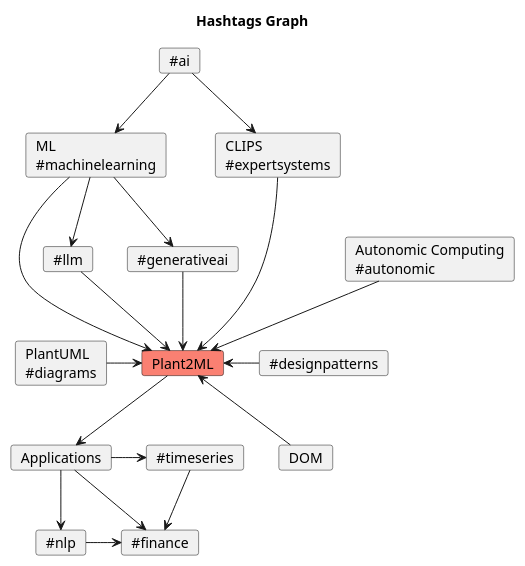
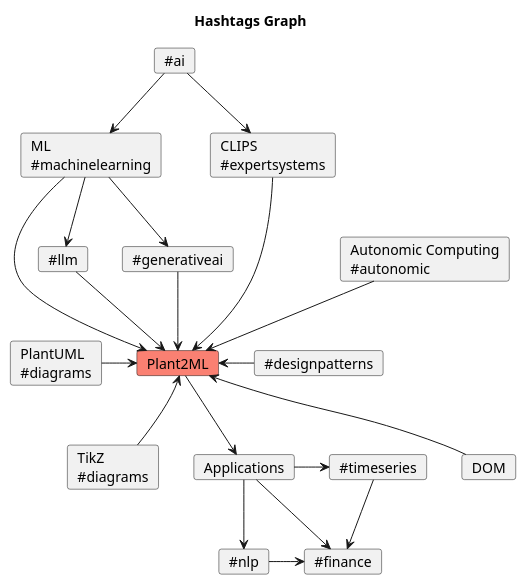
The diagram in diagrams/hashtags.puml (mirceat/Plant2ML-Weekly), drawn with PlantUML before and after one commit. The commit also changed 1 other file, not shown here.

Commit message:
Add TikZ in teaser figure.

```diff
--- a/diagrams/hashtags.puml
+++ b/diagrams/hashtags.puml
@@ -1,39 +1,42 @@
 @startuml
 
 title Hashtags Graph
 
 card "Plant2ML" as Plant2ML #salmon
 card "PlantUML\n~#diagrams" as PlantUML
+card "TikZ\n~#diagrams" as TikZ
 card "ML\n~#machinelearning" as ML
 card "~#llm" as LLM
 card "~#ai" as AI
 card "CLIPS\n~#expertsystems" as ES
 card "~#generativeai" as GenerativeAI
 card Applications
 card "~#timeseries" as Timeseries
 card "~#nlp" as nlp
 card "~#finance" as Finance
 card "~#designpatterns" as DesignPatterns
 card "Autonomic Computing\n~#autonomic" as Autonomic
 card DOM
 
 PlantUML -> Plant2ML
+TikZ -> Plant2ML
+Plant2ML -[hidden]-> TikZ
 ML --> Plant2ML
 ML --> LLM
 AI --> ML
 AI --> ES
 ML --> GenerativeAI
 GenerativeAI --> Plant2ML
 Applications -> Timeseries
 Timeseries --> Finance
 Applications --> nlp
 Plant2ML --> Applications
 Plant2ML <- DesignPatterns
 LLM --> Plant2ML
 ES --> Plant2ML
 Autonomic --> Plant2ML
 Plant2ML <-- DOM
 Applications --> Finance
 nlp -> Finance
 
 @enduml
```
